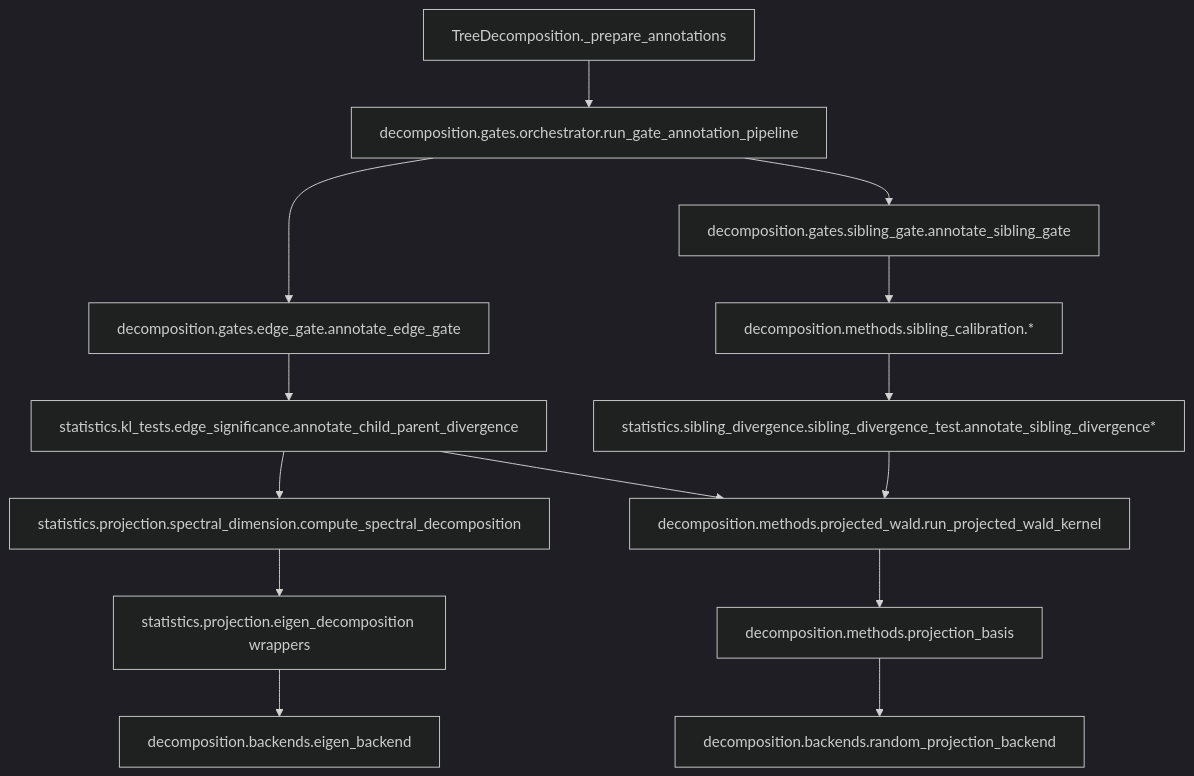
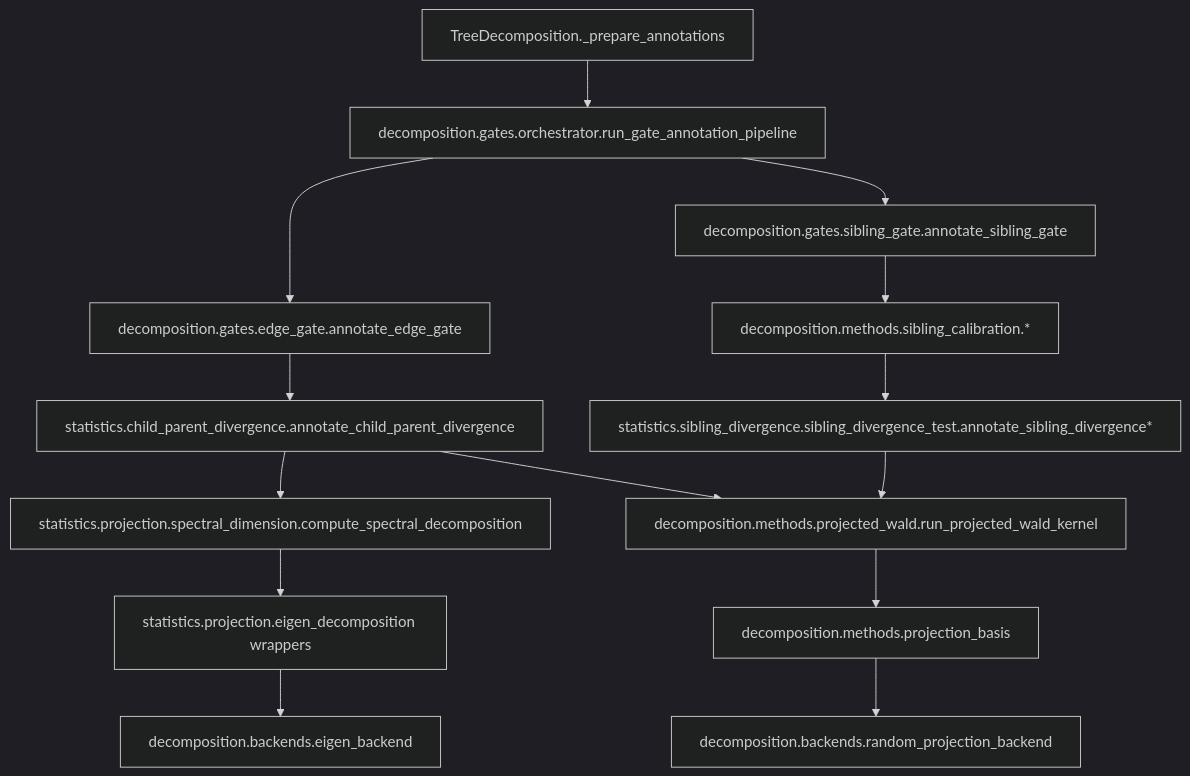
One commit to EnesSakalliUniWien/kl-tree-cluster changed the diagram in docs/decomposition_method_maps.md. Above: the diagram before and after it, drawn with Mermaid (dark theme). The commit also changed other lines of this file and 14 other files, not shown here.

Commit message:
refactor: modularize child-parent divergence

````diff
--- a/docs/decomposition_method_maps.md
+++ b/docs/decomposition_method_maps.md
@@ -9,19 +9,19 @@
 ```mermaid
 flowchart TD
     TD[TreeDecomposition._prepare_annotations] --> ORCH[decomposition.gates.orchestrator.run_gate_annotation_pipeline]
 
     ORCH --> EG[decomposition.gates.edge_gate.annotate_edge_gate]
     ORCH --> SG[decomposition.gates.sibling_gate.annotate_sibling_gate]
 
-    EG --> CP[statistics.kl_tests.edge_significance.annotate_child_parent_divergence]
+    EG --> CP[statistics.child_parent_divergence.annotate_child_parent_divergence]
     CP --> SD[statistics.projection.spectral_dimension.compute_spectral_decomposition]
     SD --> EWRAP[statistics.projection.eigen_decomposition wrappers]
     EWRAP --> EBACK[decomposition.backends.eigen_backend]
     CP --> PW[decomposition.methods.projected_wald.run_projected_wald_kernel]
     PW --> PB[decomposition.methods.projection_basis]
     PB --> RBACK[decomposition.backends.random_projection_backend]
 
     SG --> SC[decomposition.methods.sibling_calibration.*]
     SC --> ST[statistics.sibling_divergence.sibling_divergence_test.annotate_sibling_divergence*]
     ST --> PW
 ```
````
